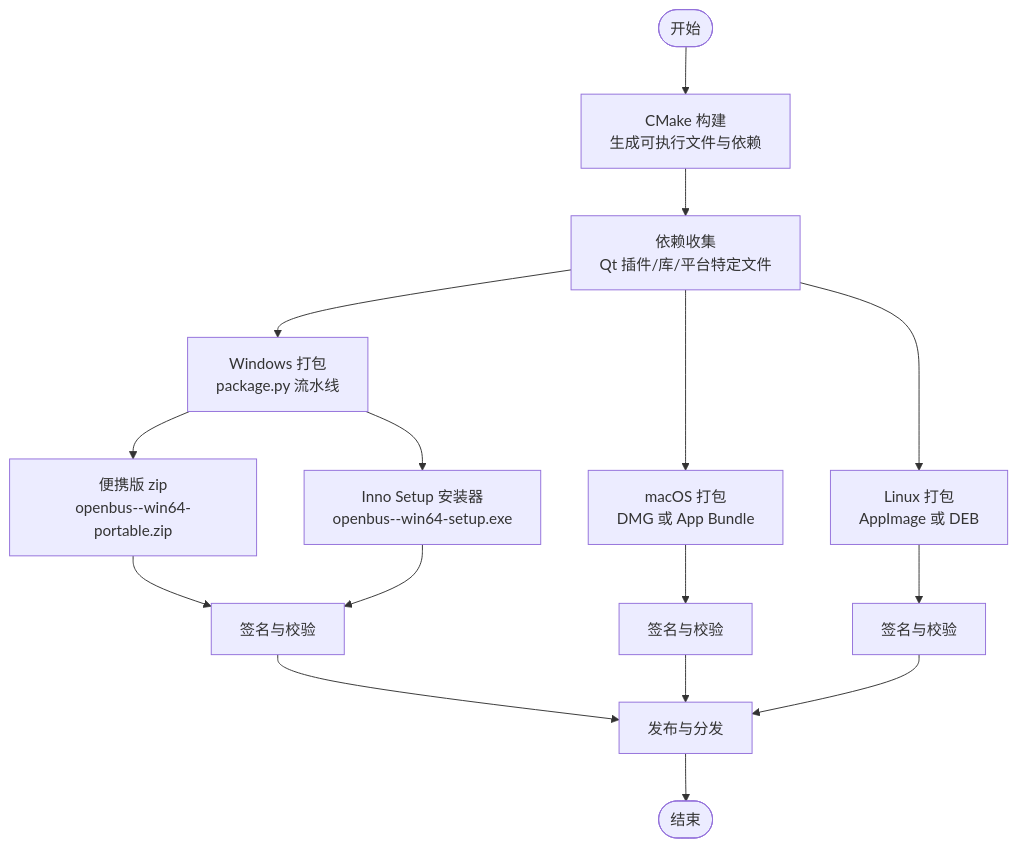
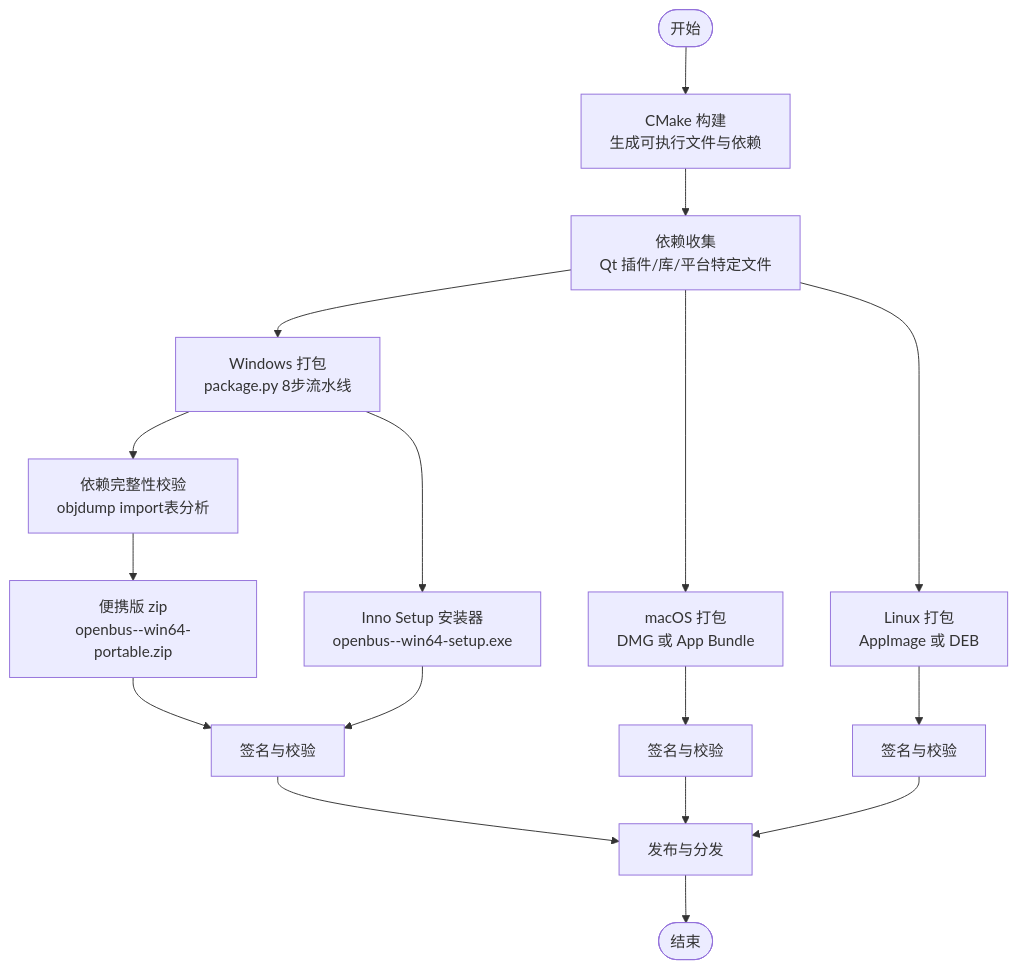
Before and after one commit to jakecai1225-design/OpenBus: the second of 3 diagrams in .qoder/repowiki/zh/content/构建和部署/打包和部署.md, drawn with Mermaid. The commit also changed other lines of this file and 19 other files, not shown here.

````diff
--- a/.qoder/repowiki/zh/content/构建和部署/打包和部署.md
+++ b/.qoder/repowiki/zh/content/构建和部署/打包和部署.md
@@ -90,18 +92,19 @@
 ```mermaid
 flowchart TD
 Start(["开始"]) --> Build["CMake 构建<br/>生成可执行文件与依赖"]
 Build --> Collect["依赖收集<br/>Qt 插件/库/平台特定文件"]
-Collect --> PackageWin["Windows 打包<br/>package.py 流水线"]
-PackageWin --> Zip["便携版 zip<br/>openbus-<ver>-win64-portable.zip"]
+Collect --> PackageWin["Windows 打包<br/>package.py 8步流水线"]
+PackageWin --> Validate["依赖完整性校验<br/>objdump import表分析"]
+Validate --> Zip["便携版 zip<br/>openbus-<ver>-win64-portable.zip"]
 PackageWin --> Installer["Inno Setup 安装器<br/>openbus-<ver>-win64-setup.exe"]
 Collect --> PackageMac["macOS 打包<br/>DMG 或 App Bundle"]
 Collect --> PackageLinux["Linux 打包<br/>AppImage 或 DEB"]
 Zip --> SignWin["签名与校验"]
 Installer --> SignWin
 PackageMac --> SignMac["签名与校验"]
 PackageLinux --> SignLinux["签名与校验"]
 SignWin --> Publish["发布与分发"]
 SignMac --> Publish
 SignLinux --> Publish
 Publish --> End(["结束"])
 ```
````
